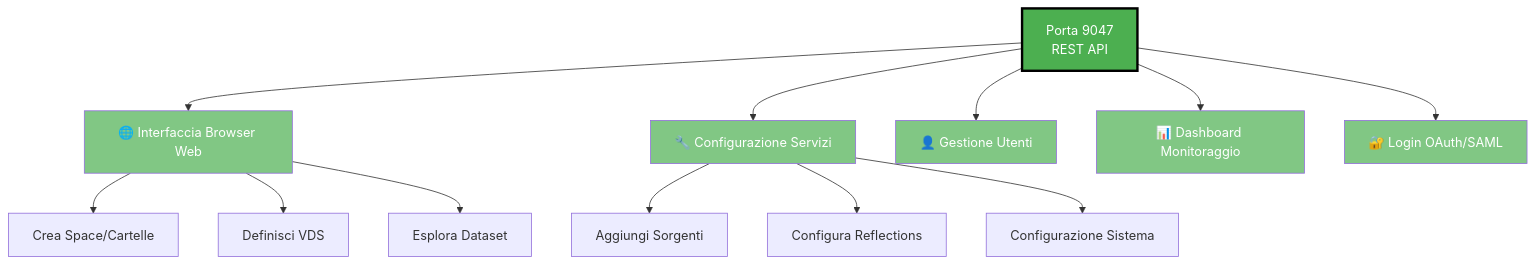
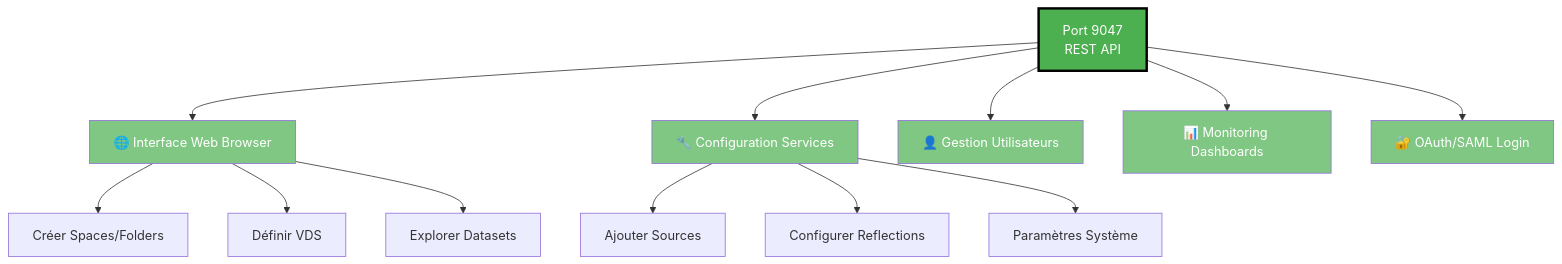
One commit to Monsau/Talentys-OSS-Data-Platform changed the fifth of 8 diagrams in docs/i18n/it/architecture/dremio-ports-visual.md. Above: the diagram before and after it, drawn with Mermaid. The commit also changed other lines of this file and 485 other files, not shown here.

First line of the commit message:
feat: v1.1.0 - Complete i18n roadmap, AI services, and data platform

````diff
--- a/docs/i18n/it/architecture/dremio-ports-visual.md
+++ b/docs/i18n/it/architecture/dremio-ports-visual.md
@@ -166,25 +166,25 @@
 ```mermaid
 graph TB
-    A[Porta 9047<br/>REST API]
+    A[Port 9047<br/>REST API]
     
-    A --> B1[🌐 Interfaccia Browser Web]
-    A --> B2[🔧 Configurazione Servizi]
-    A --> B3[👤 Gestione Utenti]
-    A --> B4[📊 Dashboard Monitoraggio]
-    A --> B5[🔐 Login OAuth/SAML]
+    A --> B1[🌐 Interface Web Browser]
+    A --> B2[🔧 Configuration Services]
+    A --> B3[👤 Gestion Utilisateurs]
+    A --> B4[📊 Monitoring Dashboards]
+    A --> B5[🔐 OAuth/SAML Login]
     
-    B1 --> C1[Crea Space/Cartelle]
-    B1 --> C2[Definisci VDS]
-    B1 --> C3[Esplora Dataset]
+    B1 --> C1[Créer Spaces/Folders]
+    B1 --> C2[Définir VDS]
+    B1 --> C3[Explorer Datasets]
     
-    B2 --> C4[Aggiungi Sorgenti]
-    B2 --> C5[Configura Reflections]
-    B2 --> C6[Configurazione Sistema]
+    B2 --> C4[Ajouter Sources]
+    B2 --> C5[Configurer Reflections]
+    B2 --> C6[Paramètres Système]
     
     style A fill:#4CAF50,color:#fff,stroke:#000,stroke-width:3px
     style B1 fill:#81C784,color:#fff
     style B2 fill:#81C784,color:#fff
     style B3 fill:#81C784,color:#fff
     style B4 fill:#81C784,color:#fff
     style B5 fill:#81C784,color:#fff
 ```
````
